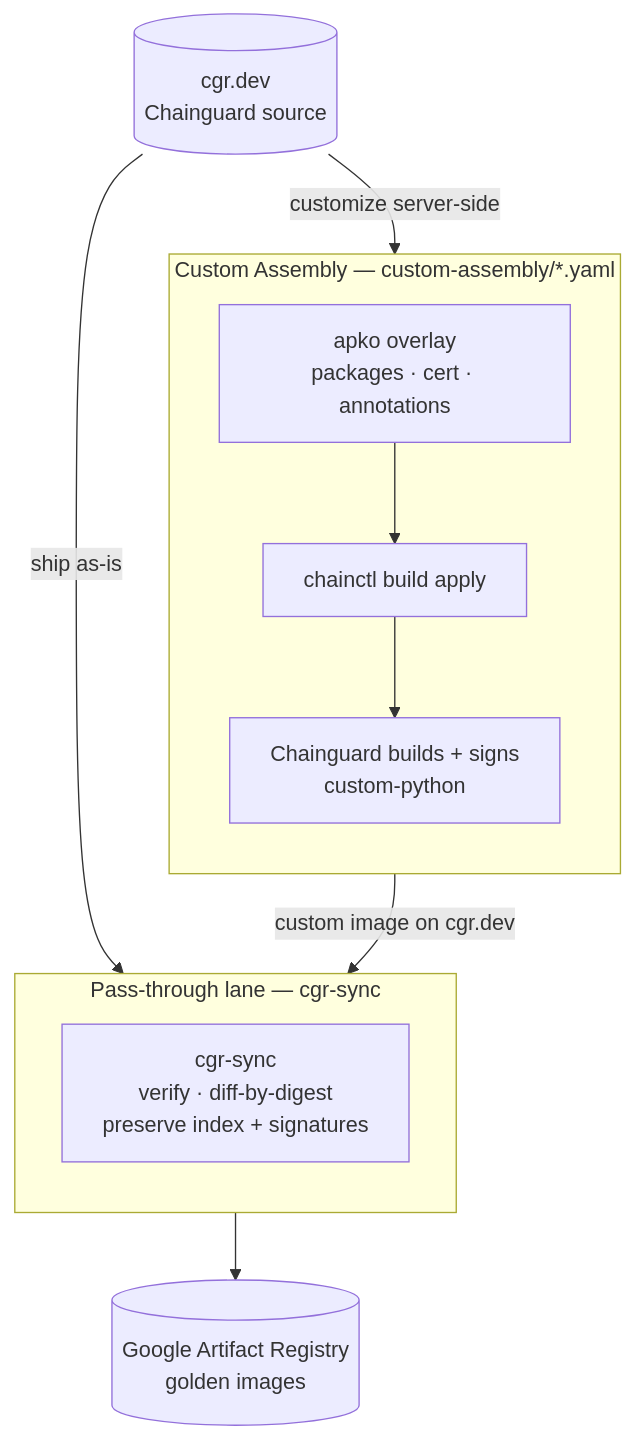
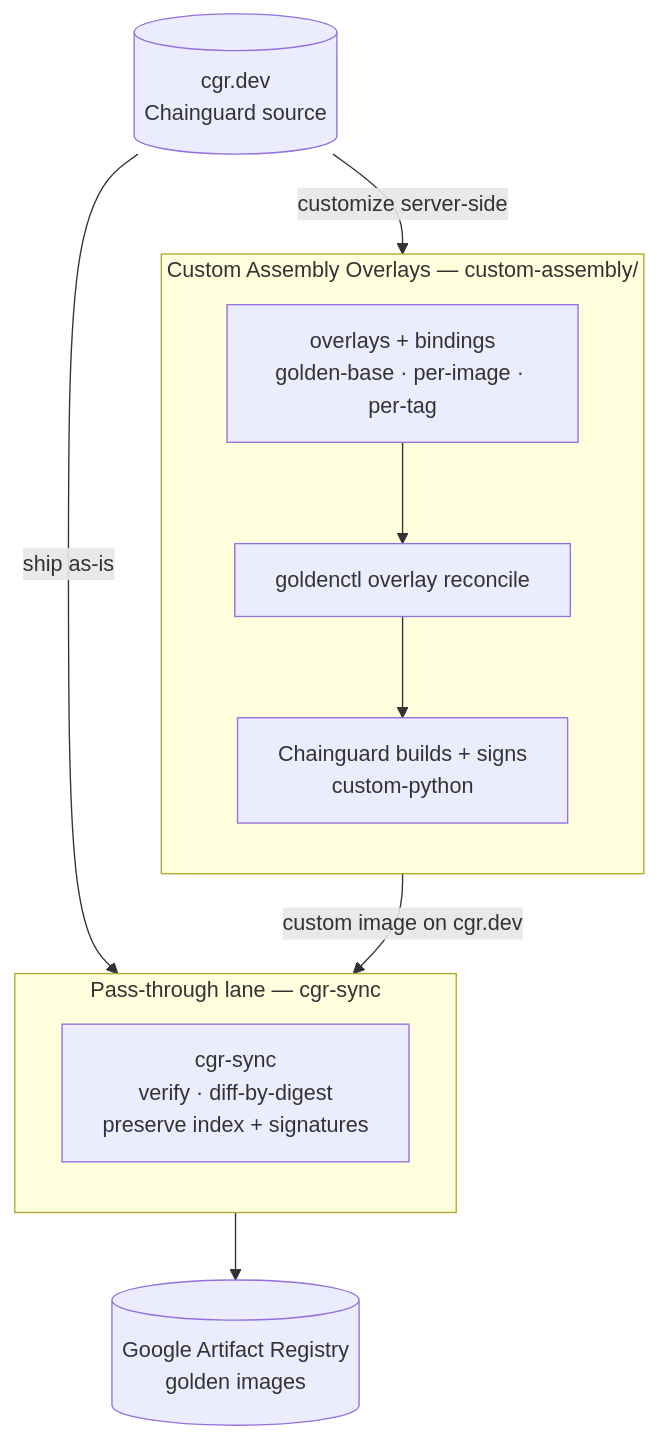
One commit to cartyc/golden-image changed the first of 2 diagrams in README.md. Above: the diagram before and after it, drawn with Mermaid. The commit also changed other lines of this file and 26 other files, not shown here.

First line of the commit message:
custom-assembly: manage Custom Assembly Overlays declaratively

````diff
--- a/README.md
+++ b/README.md
@@ -50,21 +50,21 @@
 ```mermaid
 flowchart TB
   src[("cgr.dev<br/>Chainguard source")]
   gar[("Google Artifact Registry<br/>golden images")]
 
-  subgraph ca["Custom Assembly — custom-assembly/*.yaml"]
+  subgraph ca["Custom Assembly Overlays — custom-assembly/"]
     direction TB
-    cfg["apko overlay<br/>packages · cert · annotations"] --> apply["chainctl build apply"]
+    cfg["overlays + bindings<br/>golden-base · per-image · per-tag"] --> apply["goldenctl overlay reconcile"]
     apply --> built["Chainguard builds + signs<br/>custom-python"]
   end
 
   subgraph pass["Pass-through lane — cgr-sync"]
     direction TB
     cs["cgr-sync<br/>verify · diff-by-digest<br/>preserve index + signatures"]
   end
 
   src -->|"customize server-side"| cfg
   src -->|"ship as-is"| cs
   built -->|"custom image on cgr.dev"| cs
   cs --> gar
 ```
````
